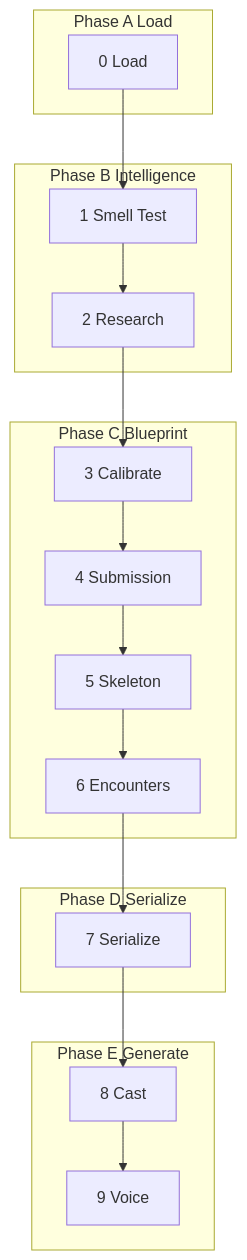
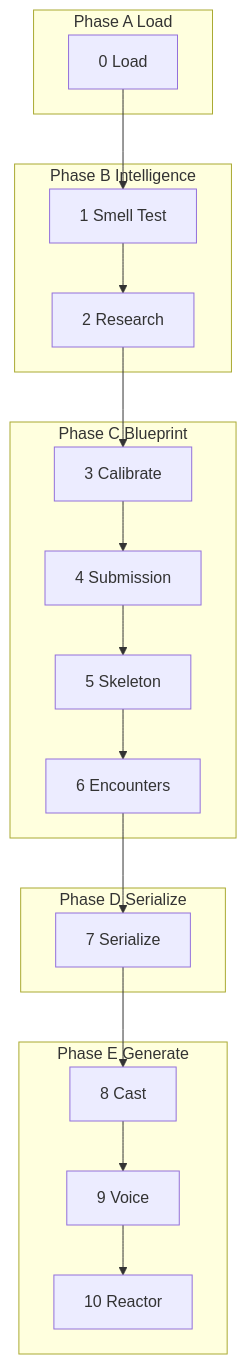
Before and after one commit to cppalliance/wg21-paperflow: the diagram in packages/agora/src/agora/agora.md, drawn with Mermaid. The commit also changed other lines of this file and 6 other files, not shown here.

````diff
--- a/packages/agora/src/agora/agora.md
+++ b/packages/agora/src/agora/agora.md
@@ -12,32 +13,34 @@
 ```mermaid
 flowchart TD
     subgraph load [Phase A Load]
         S0[0 Load]
     end
     subgraph intelligence [Phase B Intelligence]
         S1[1 Smell Test]
         S2[2 Research]
     end
     subgraph blueprint [Phase C Blueprint]
         S3[3 Calibrate]
         S4[4 Submission]
         S5[5 Skeleton]
         S6[6 Encounters]
     end
     subgraph serialize [Phase D Serialize]
         S7[7 Serialize]
     end
     subgraph generate [Phase E Generate]
         S8[8 Cast]
         S9[9 Voice]
+        S10[10 Reactor]
     end
     S0 --> S1
     S1 --> S2
     S2 --> S3
     S3 --> S4
     S4 --> S5
     S5 --> S6
     S6 --> S7
     S7 --> S8
     S8 --> S9
+    S9 --> S10
 ```
````
